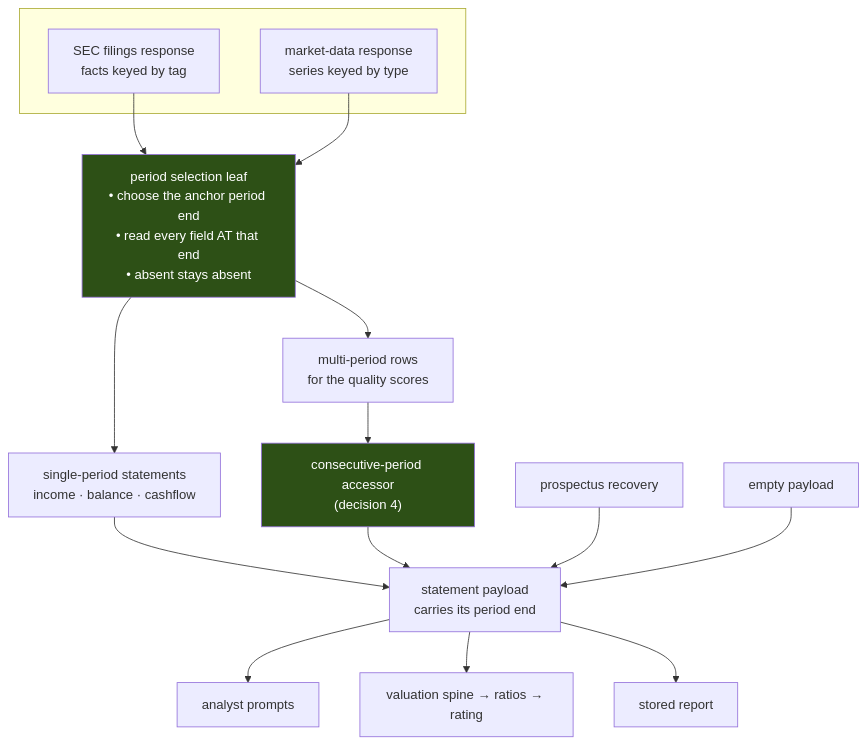
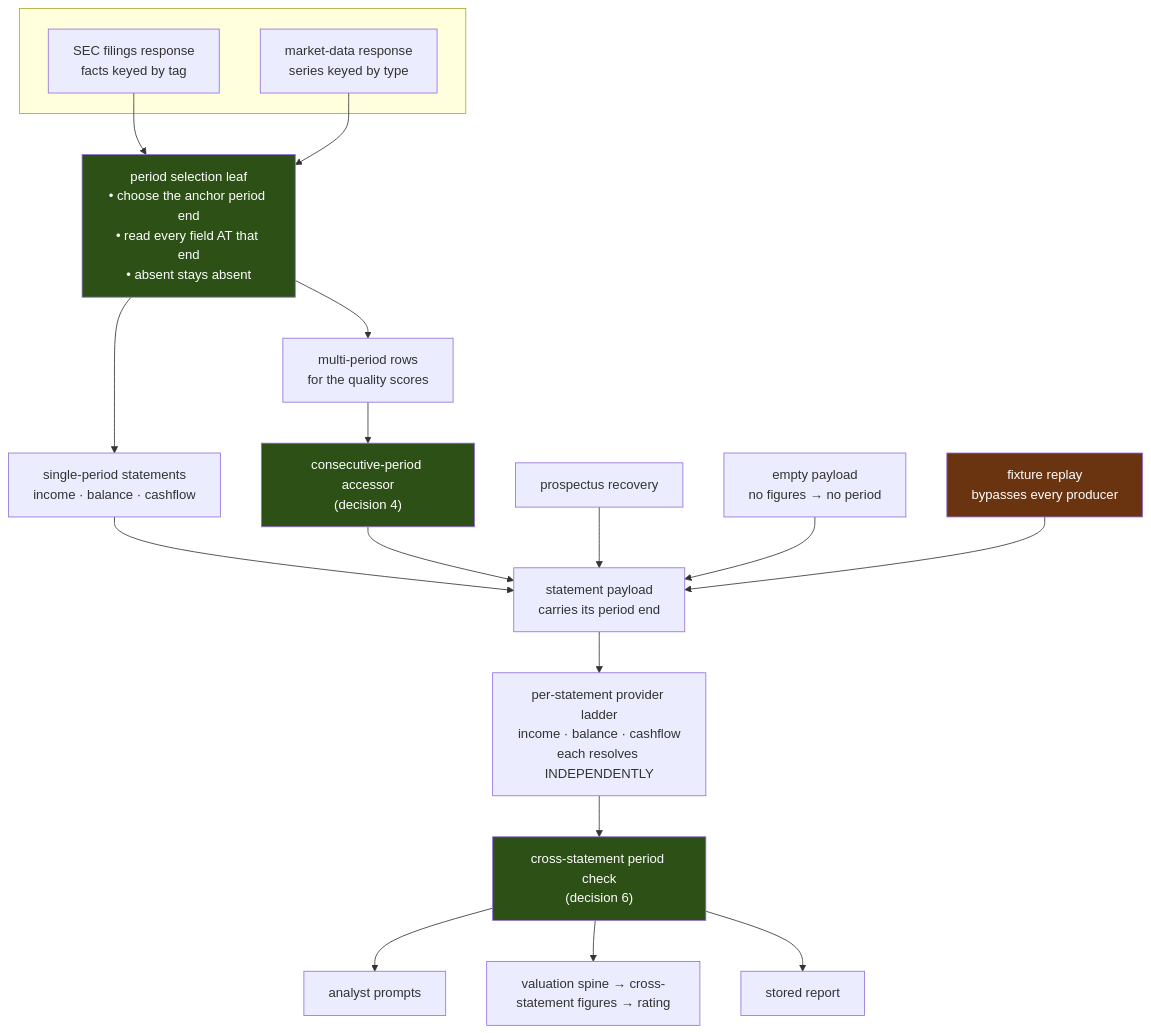
One commit to fixpoint-labs/flow-state-dev changed the diagram in spec/FIX-1113.md. Above: the diagram before and after it, drawn with Mermaid. The commit also changed other lines of this file, not shown here.

First line of the commit message:
spec(FIX-1113): fold round-1 review — cross-provider layer, fixture replay, gate claim

````diff
--- a/spec/FIX-1113.md
+++ b/spec/FIX-1113.md
@@ -259,29 +320,35 @@
 ```mermaid
 flowchart TB
   subgraph src[" "]
     E[SEC filings response<br/>facts keyed by tag]
     Y[market-data response<br/>series keyed by type]
   end
 
   E --> A
   Y --> A
 
   A["period selection leaf<br/>• choose the anchor period end<br/>• read every field AT that end<br/>• absent stays absent"]
 
   A --> S1[single-period statements<br/>income · balance · cashflow]
   A --> S2[multi-period rows<br/>for the quality scores]
 
   S2 --> ADJ["consecutive-period accessor<br/>(decision 4)"]
   S1 --> P[statement payload<br/>carries its period end]
   ADJ --> P
 
   R[prospectus recovery] --> P
-  Z[empty payload] --> P
+  Z[empty payload<br/>no figures → no period] --> P
+  F[fixture replay<br/>bypasses every producer] --> P
 
-  P --> C1[analyst prompts]
-  P --> C2[valuation spine → ratios → rating]
-  P --> C3[stored report]
+  P --> L["per-statement provider ladder<br/>income · balance · cashflow<br/>each resolves INDEPENDENTLY"]
+  L --> X["cross-statement period check<br/>(decision 6)"]
+
+  X --> C1[analyst prompts]
+  X --> C2[valuation spine → cross-statement figures → rating]
+  X --> C3[stored report]
 
   style A fill:#2d5016,color:#fff
   style ADJ fill:#2d5016,color:#fff
+  style X fill:#2d5016,color:#fff
+  style F fill:#6b3410,color:#fff
 ```
````
